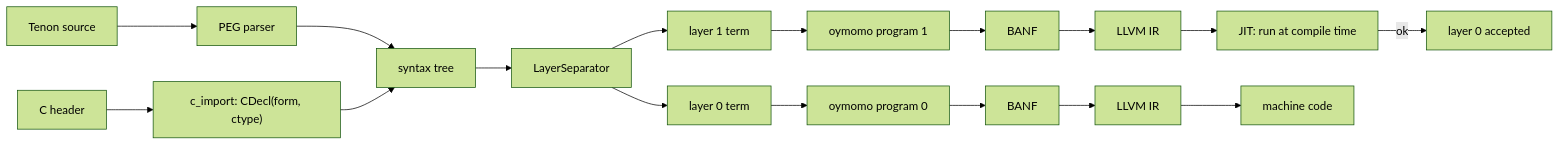
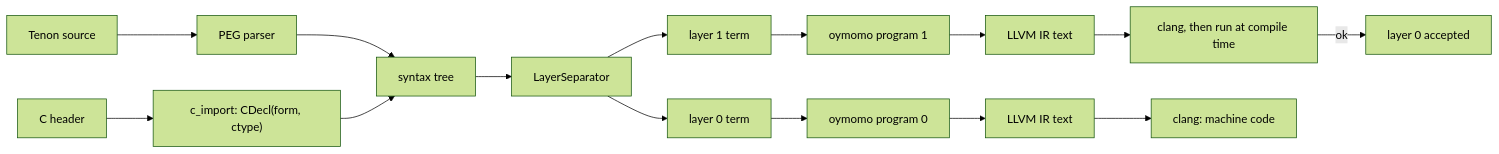
Before and after one commit to tapl-org/tapl: the first of 2 diagrams in oymo/docs/plan_tenon.md, drawn with Mermaid (forest theme). The commit also changed other lines of this file and 6 other files, not shown here.

Commit message:
docs: update release versions and roadmap plans for Tenon and C interop

````diff
--- a/oymo/docs/plan_tenon.md
+++ b/oymo/docs/plan_tenon.md
@@ -54,11 +60,11 @@
 ```mermaid
 flowchart LR
   src["Tenon source"] --> parse["PEG parser"] --> tree["syntax tree"]
   hdr["C header"] --> imp["c_import: CDecl(form, ctype)"] --> tree
   tree --> sep["LayerSeparator"]
   sep --> l0["layer 0 term"] --> o0["oymomo program 0"]
   sep --> l1["layer 1 term"] --> o1["oymomo program 1"]
-  o1 --> b1["BANF"] --> ll1["LLVM IR"] --> jit["JIT: run at compile time"]
-  jit -- "ok" --> accept["layer 0 accepted"]
-  o0 --> b0["BANF"] --> ll0["LLVM IR"] --> obj["machine code"]
+  o1 --> ll1["LLVM IR text"] --> run1["clang, then run at compile time"]
+  run1 -- "ok" --> accept["layer 0 accepted"]
+  o0 --> ll0["LLVM IR text"] --> obj["clang: machine code"]
 ```
````
